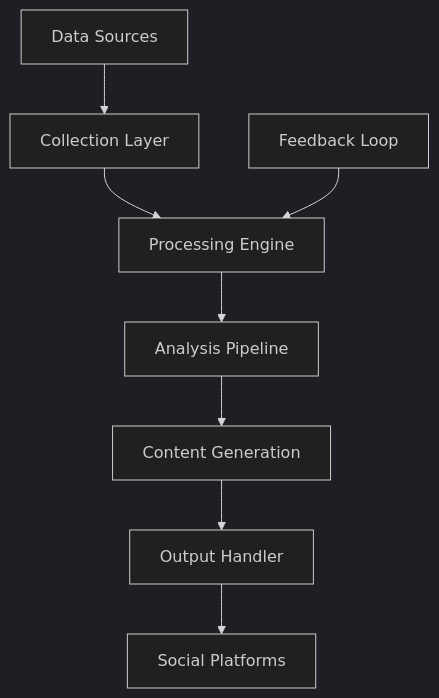
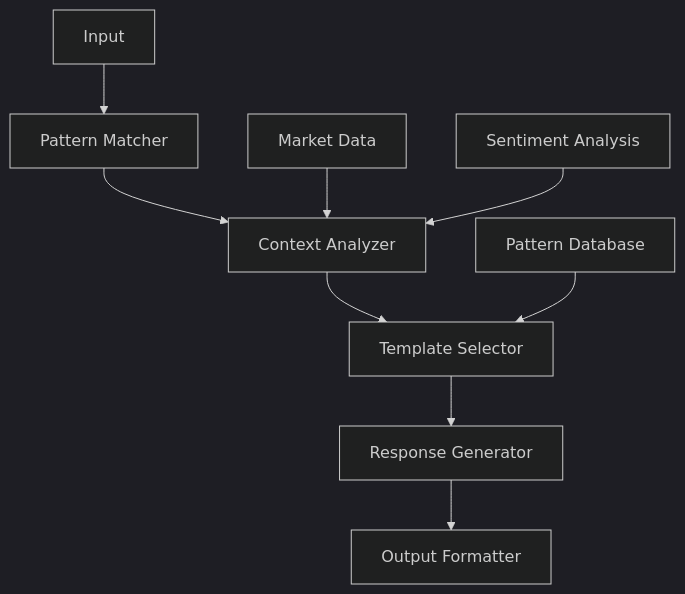
The diagram in README.md (humanperzeus/CZ-Ai-Agent-MVP_2), drawn with Mermaid (dark theme) before and after one commit. The commit also changed other lines of this file, not shown here.

````diff
--- a/README.md
+++ b/README.md
@@ -57,10 +65,11 @@
 ```mermaid
 graph TD
-    A[Data Sources] --> B[Collection Layer]
-    B --> C[Processing Engine]
-    C --> D[Analysis Pipeline]
-    D --> E[Content Generation]
-    E --> F[Output Handler]
-    F --> G[Social Platforms]
-    H[Feedback Loop] --> C
+    A[Input] --> B[Pattern Matcher]
+    B --> C[Context Analyzer]
+    C --> D[Template Selector]
+    D --> E[Response Generator]
+    E --> F[Output Formatter]
+    G[Market Data] --> C
+    H[Sentiment Analysis] --> C
+    I[Pattern Database] --> D
 ```
````
